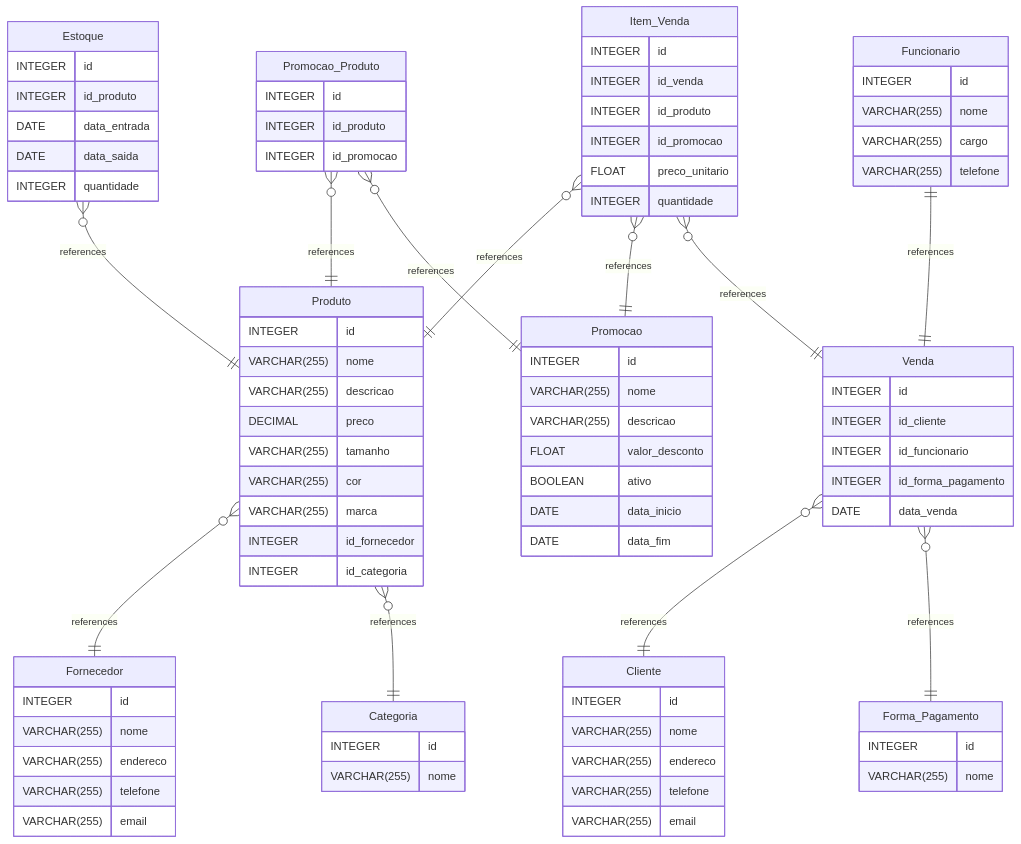
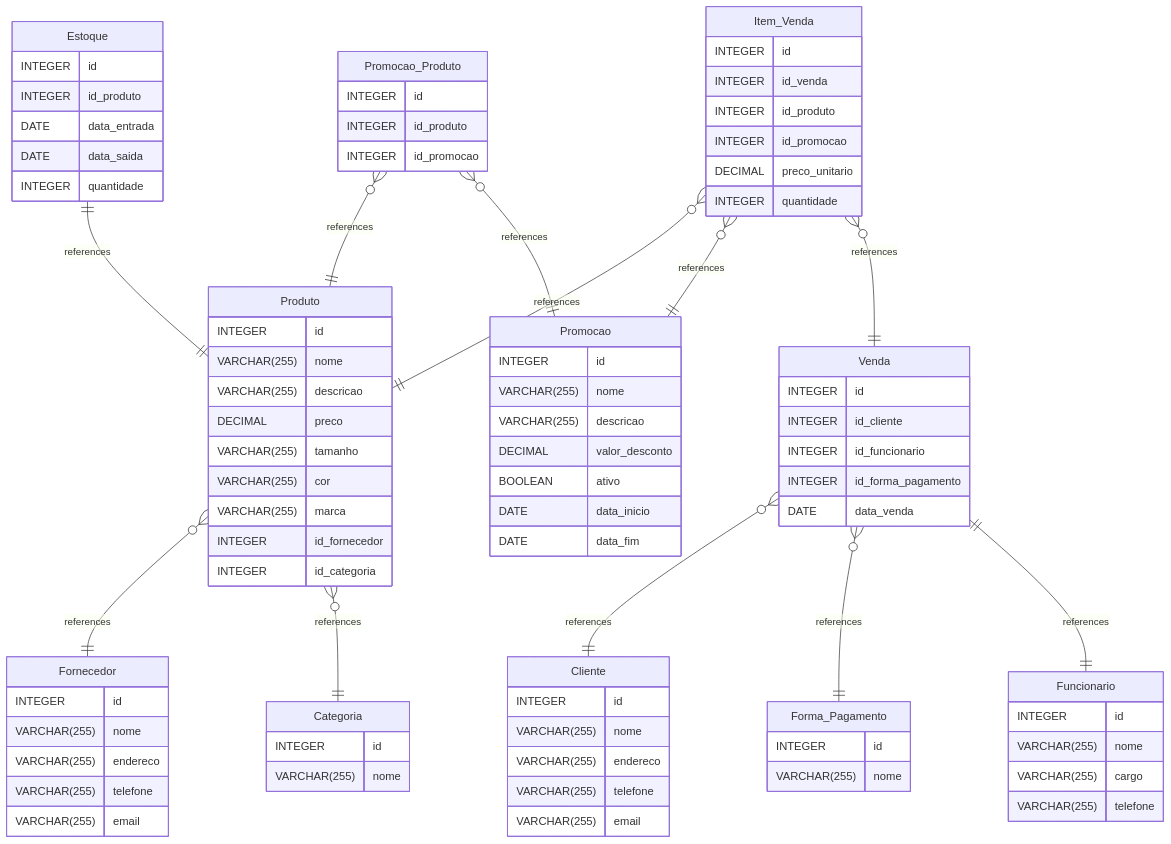
Before and after one commit to Kacaii/senac-databank-02: the diagram in BD_ProjetoTrio_P1/README.md, drawn with Mermaid. The commit also changed 1 other file, not shown here.

Commit message:
update create script

````diff
--- a/BD_ProjetoTrio_P1/README.md
+++ b/BD_ProjetoTrio_P1/README.md
@@ -75,13 +75,13 @@
  Item_Venda }o--|| Promocao : references
  Promocao_Produto }o--|| Produto : references
  Promocao_Produto }o--|| Promocao : references
- Estoque }o--|| Produto : references
  Produto }o--|| Fornecedor : references
  Produto }o--|| Categoria : references
  Item_Venda }o--|| Venda : references
  Venda }o--|| Cliente : references
  Venda }o--|| Forma_Pagamento : references
- Funcionario ||--|| Venda : references
+ Venda ||--|| Funcionario : references
+ Estoque ||--|| Produto : references
 
  Produto {
   INTEGER id
@@ -100,7 +100,7 @@
   INTEGER id_venda
   INTEGER id_produto
   INTEGER id_promocao
-  FLOAT preco_unitario
+  DECIMAL preco_unitario
   INTEGER quantidade
  }
 
@@ -108,7 +108,7 @@
   INTEGER id
   VARCHAR(255) nome
   VARCHAR(255) descricao
-  FLOAT valor_desconto
+  DECIMAL valor_desconto
   BOOLEAN ativo
   DATE data_inicio
   DATE data_fim
@@ -168,5 +168,4 @@
   VARCHAR(255) cargo
   VARCHAR(255) telefone
  }
-
 ```
````
